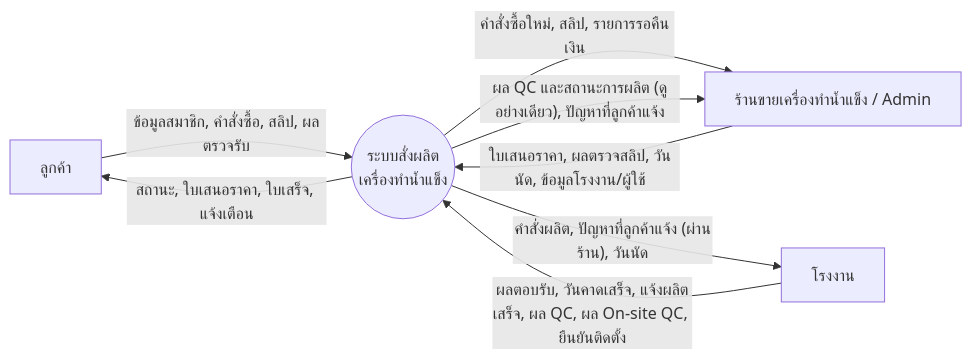
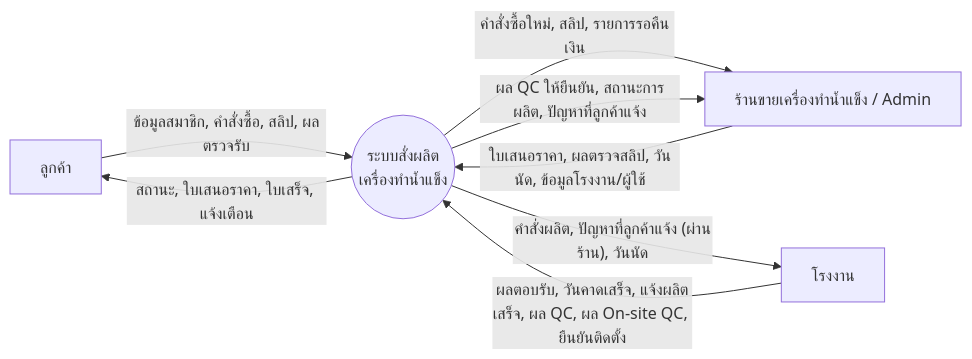
Before and after one commit to WINTERR6544/NamKheang: the eighth of 8 diagrams in SA-project/chapters-2-4-5.md, drawn with Mermaid. The commit also changed other lines of this file, not shown here.

````diff
--- a/SA-project/chapters-2-4-5.md
+++ b/SA-project/chapters-2-4-5.md
@@ -598,10 +598,10 @@
 ```mermaid
 flowchart LR
   C[ลูกค้า] -- ข้อมูลสมาชิก, คำสั่งซื้อ, สลิป, ผลตรวจรับ --> S((ระบบสั่งผลิต\nเครื่องทำน้ำแข็ง))
   S -- สถานะ, ใบเสนอราคา, ใบเสร็จ, แจ้งเตือน --> C
   R[ร้านขายเครื่องทำน้ำแข็ง / Admin] -- ใบเสนอราคา, ผลตรวจสลิป, วันนัด, ข้อมูลโรงงาน/ผู้ใช้ --> S
   S -- คำสั่งซื้อใหม่, สลิป, รายการรอคืนเงิน --> R
   F[โรงงาน] -- ผลตอบรับ, วันคาดเสร็จ, แจ้งผลิตเสร็จ, ผล QC, ผล On-site QC, ยืนยันติดตั้ง --> S
   S -- คำสั่งผลิต, ปัญหาที่ลูกค้าแจ้ง (ผ่านร้าน), วันนัด --> F
-  S -- ผล QC และสถานะการผลิต (ดูอย่างเดียว), ปัญหาที่ลูกค้าแจ้ง --> R
+  S -- ผล QC ให้ยืนยัน, สถานะการผลิต, ปัญหาที่ลูกค้าแจ้ง --> R
 ```
````
